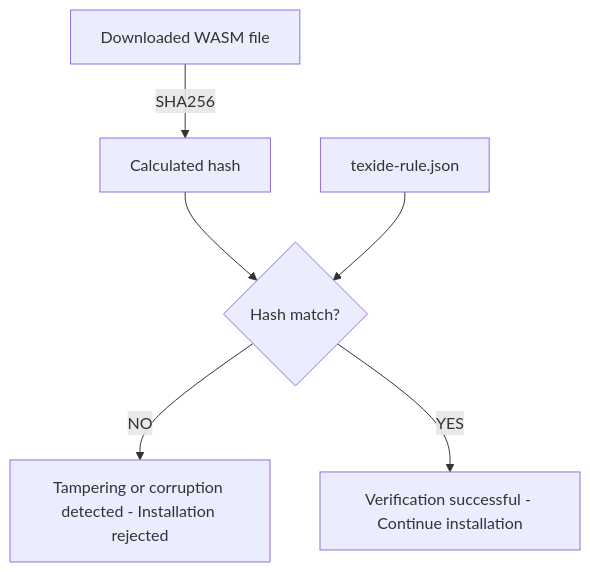
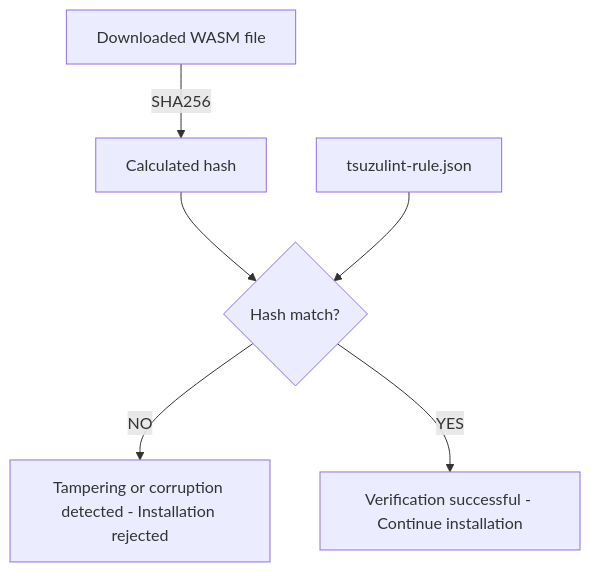
One commit to simorgh3196/tsuzulint changed the third of 3 diagrams in docs/plugin-distribution.md. Above: the diagram before and after it, drawn with Mermaid. The commit also changed other lines of this file and 148 other files, not shown here.

````diff
--- a/docs/plugin-distribution.md
+++ b/docs/plugin-distribution.md
@@ -609,13 +612,13 @@
 ```mermaid
 flowchart TB
     WASM[Downloaded WASM file]
     CALC[Calculated hash]
-    TOML[texide-rule.json]
+    TOML[tsuzulint-rule.json]
 
     WASM -->|SHA256| CALC
     CALC --> CHECK{Hash match?}
     TOML --> CHECK
 
     CHECK -->|NO| FAIL[Tampering or corruption detected - Installation rejected]
     CHECK -->|YES| OK[Verification successful - Continue installation]
 ```
````
